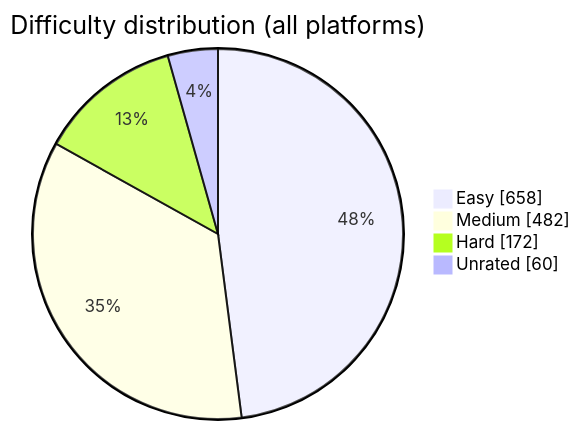
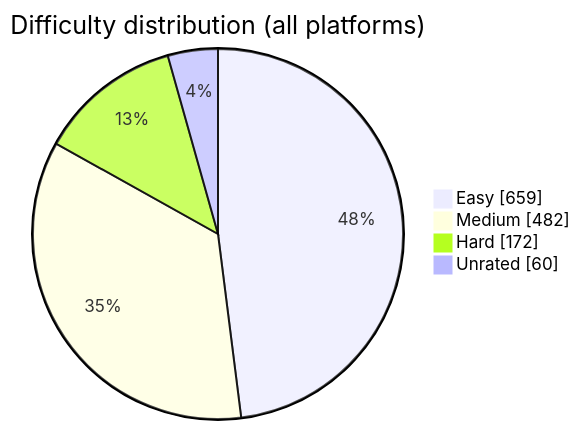
One commit to BuildbyArindam/Daily-Coding-Log changed the diagram in README.md. Above: the diagram before and after it, drawn with Mermaid. The commit also changed other lines of this file, not shown here.

````diff
--- a/README.md
+++ b/README.md
@@ -93,7 +93,7 @@
 ```mermaid
 pie showData title Difficulty distribution (all platforms)
-    "Easy" : 658
+    "Easy" : 659
     "Medium" : 482
     "Hard" : 172
     "Unrated" : 60
 ```
````
